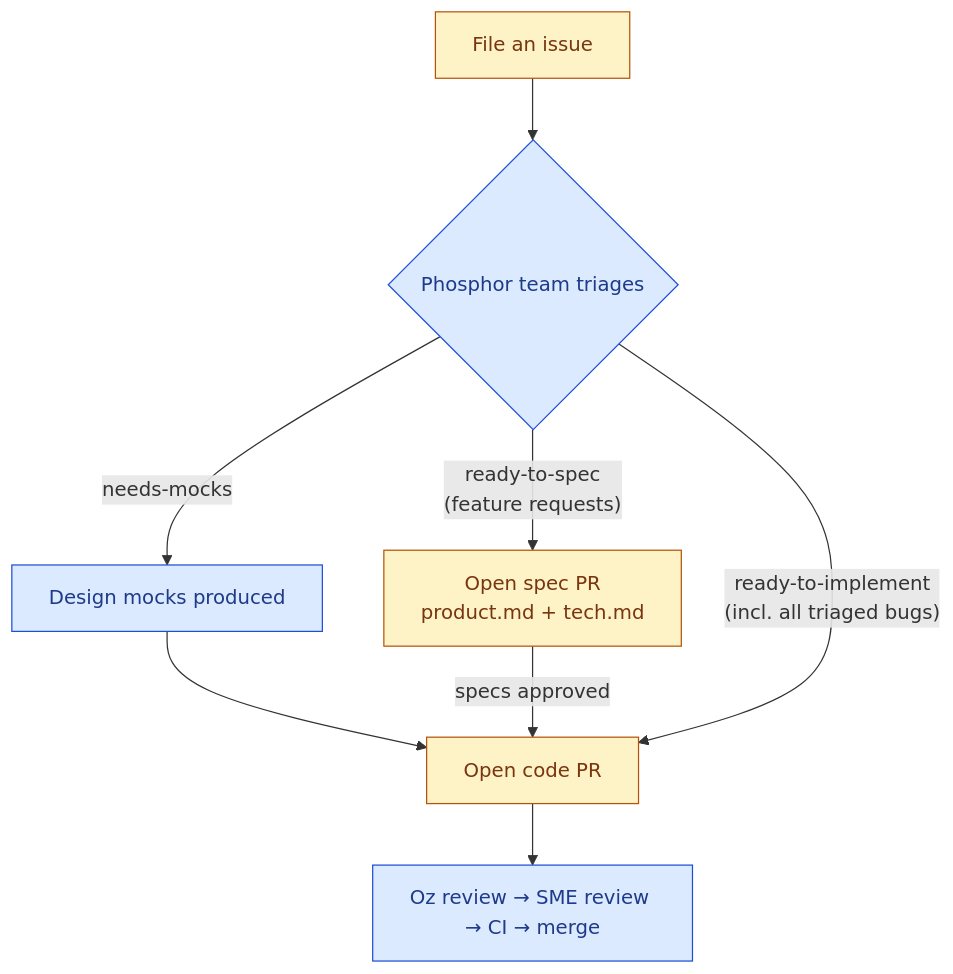
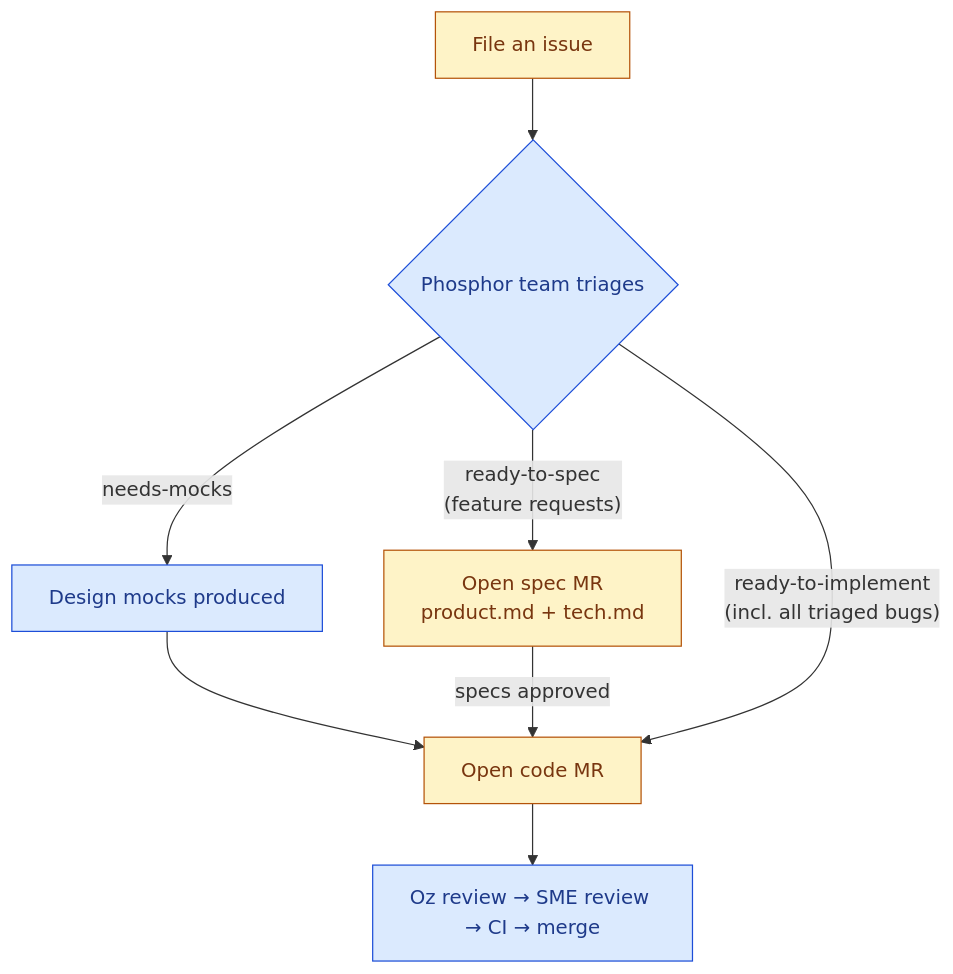
The diagram in CONTRIBUTING.md (jwp2987/phosphor), drawn with Mermaid before and after one commit. The commit also changed other lines of this file and 25 other files, not shown here.

````diff
--- a/CONTRIBUTING.md
+++ b/CONTRIBUTING.md
@@ -37,15 +37,15 @@
 ```mermaid
 flowchart TD
     A[File an issue] --> B{Phosphor team triages}
-    B -- ready-to-spec<br/>(feature requests) --> C[Open spec PR<br/>product.md + tech.md]
+    B -- ready-to-spec<br/>(feature requests) --> C[Open spec MR<br/>product.md + tech.md]
     B -- needs-mocks --> D[Design mocks produced]
-    D --> E[Open code PR]
+    D --> E[Open code MR]
     C -- specs approved --> E
     B -- ready-to-implement<br/>(incl. all triaged bugs) --> E
     E --> F[Oz review → SME review → CI → merge]
 
     classDef contributor fill:#fef3c7,stroke:#b45309,color:#78350f;
     classDef warpTeam fill:#dbeafe,stroke:#1d4ed8,color:#1e3a8a;
     class A,C,E contributor;
     class B,D,F warpTeam;
 ```
````
